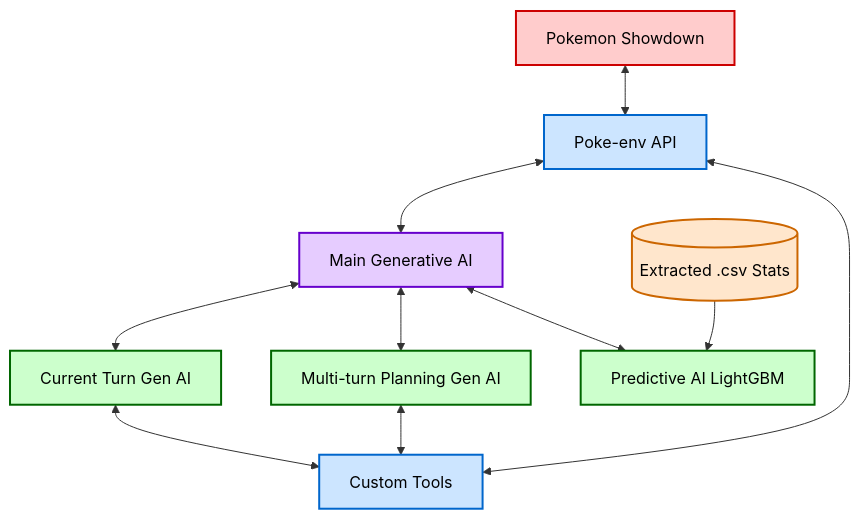
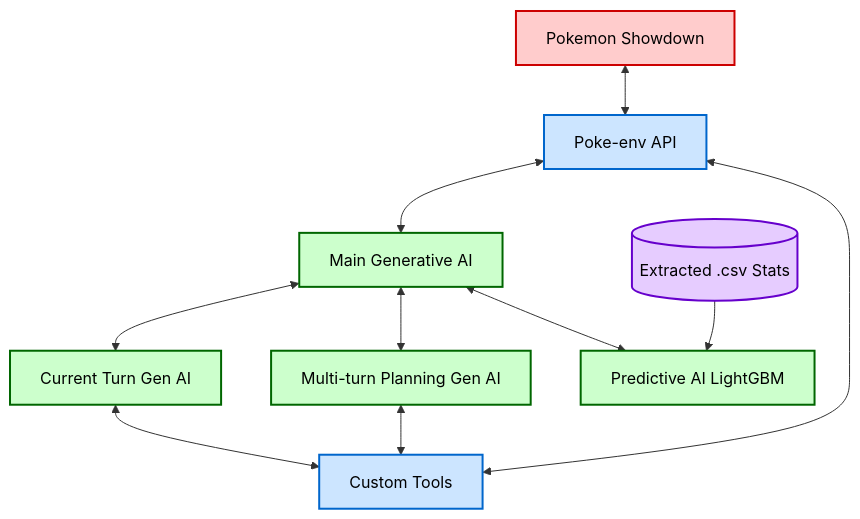
The diagram in README.md (Anhilyx/Pokestral-V2), drawn with Mermaid before and after one commit.

Commit message:
Updated some colors in the README.md

````diff
--- a/README.md
+++ b/README.md
@@ -32,30 +32,30 @@
 ```mermaid
 graph TD
     %% Définition des palettes de couleurs
     classDef env fill:#ffcccc,stroke:#cc0000,stroke-width:2px,color:#000
     classDef api fill:#cce5ff,stroke:#0066cc,stroke-width:2px,color:#000
-    classDef mainAI fill:#e6ccff,stroke:#6600cc,stroke-width:2px,color:#000
+    classDef mainAI fill:#ccffcc,stroke:#006600,stroke-width:2px,color:#000
     classDef subAI fill:#ccffcc,stroke:#006600,stroke-width:2px,color:#000
-    classDef data fill:#ffe6cc,stroke:#cc6600,stroke-width:2px,color:#000
+    classDef data fill:#e6ccff,stroke:#6600cc,stroke-width:2px,color:#000
 
     %% Structure du graphe
     SD[Pokemon Showdown] <--> PE[Poke-env API]
     PE <--> MainAI[Main Generative AI]
 
     MainAI <--> CurrentTurnAI[Current Turn Gen AI]
     MainAI <--> PlanningAI[Multi-turn Planning Gen AI]
     MainAI <--> PredAI[Predictive AI LightGBM]
 
     CurrentTurnAI <--> Tools[Custom Tools]
     PlanningAI <--> Tools
     Tools <--> PE
 
     CSV[(Extracted .csv Stats)] --> PredAI
 
     %% Application des couleurs aux nœuds correspondants
     class SD env;
     class PE,Tools api;
     class MainAI mainAI;
     class CurrentTurnAI,PlanningAI,PredAI subAI;
     class CSV data;
 ```
````
